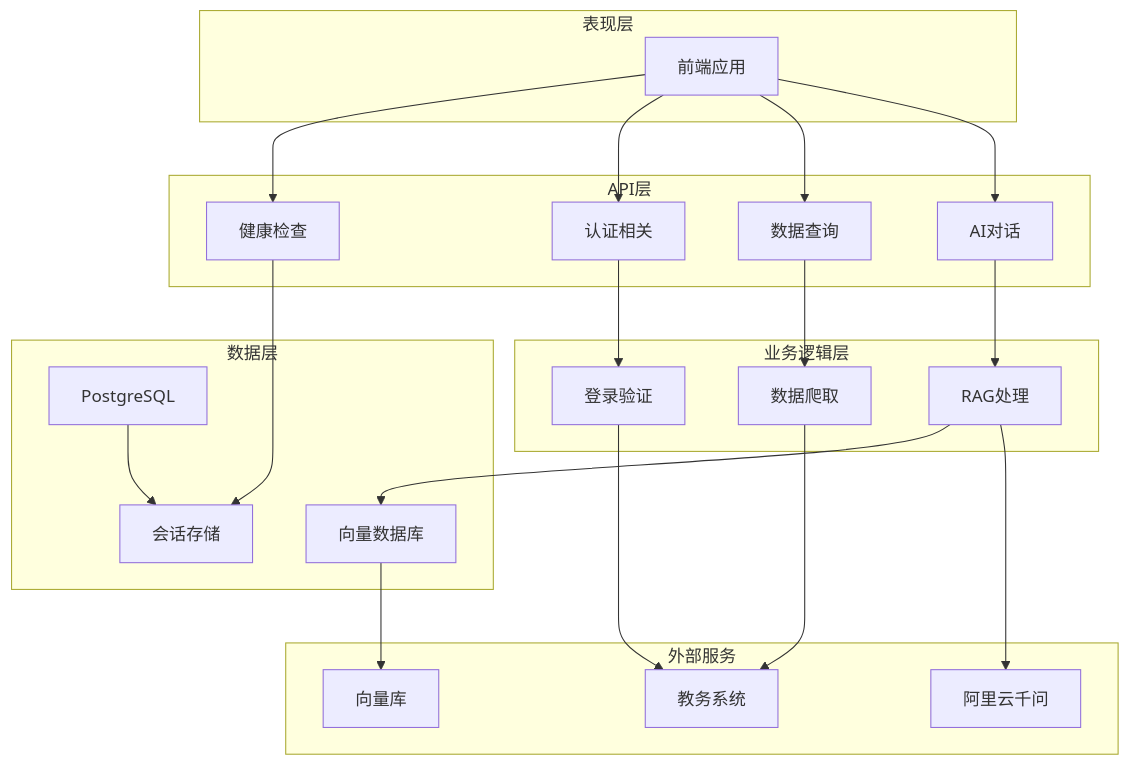
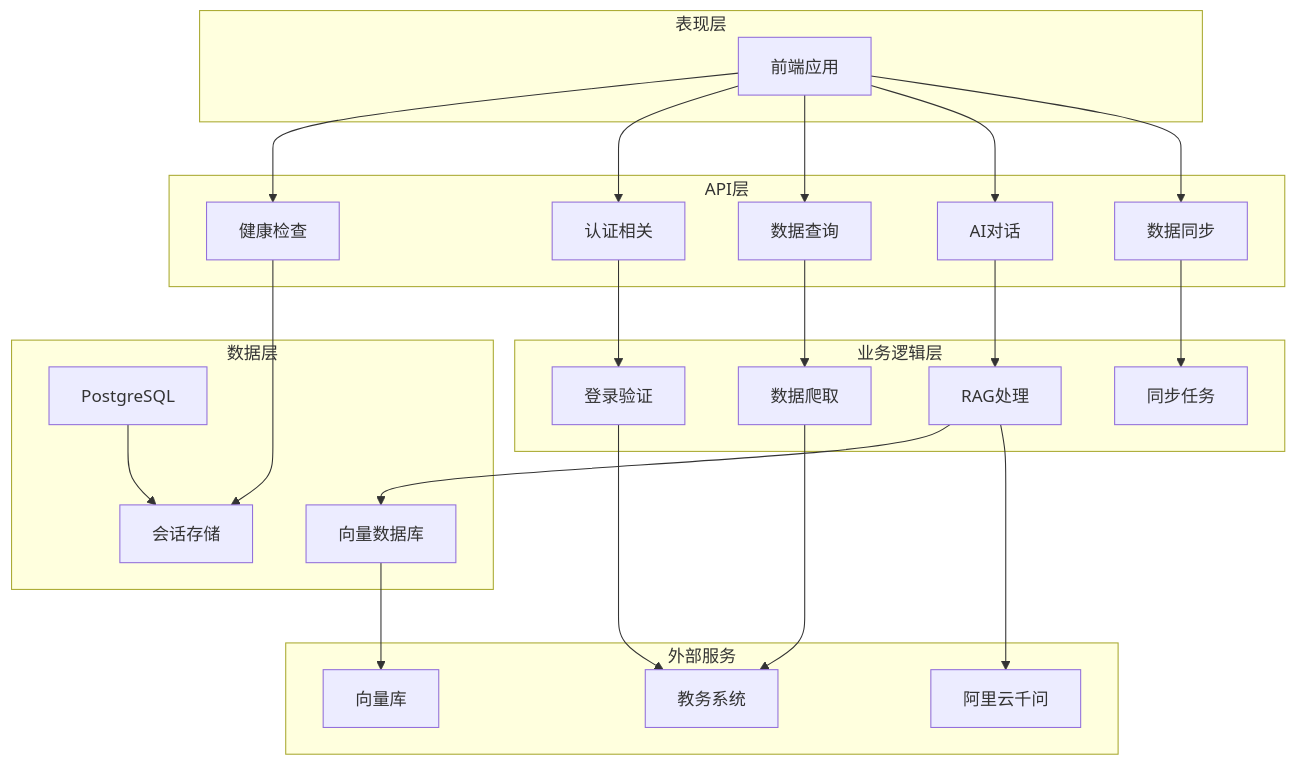
The second of 6 diagrams in .qoder/repowiki/zh/content/后端API文档/后端API文档.md (ghbbn053-ship-itsoulddog/soulddog), drawn with Mermaid before and after one commit. The commit also changed other lines of this file and 8 other files, not shown here.

````diff
--- a/.qoder/repowiki/zh/content/后端API文档/后端API文档.md
+++ b/.qoder/repowiki/zh/content/后端API文档/后端API文档.md
@@ -100,41 +105,45 @@
 ```mermaid
 graph TB
 subgraph "表现层"
 Frontend[前端应用]
 end
 subgraph "API层"
 Health[健康检查]
 Auth[认证相关]
 Data[数据查询]
 Chat[AI对话]
+Sync[数据同步]
 end
 subgraph "业务逻辑层"
 Login[登录验证]
 Crawler[数据爬取]
 RAG[RAG处理]
+SyncTask[同步任务]
 end
 subgraph "数据层"
 Session[会话存储]
 VectorDB[向量数据库]
 PostgreSQL[PostgreSQL]
 end
 subgraph "外部服务"
 EduSys[教务系统]
 Milvus[向量库]
 DashScope[阿里云千问]
 end
 Frontend --> Health
 Frontend --> Auth
 Frontend --> Data
 Frontend --> Chat
+Frontend --> Sync
 Health --> Session
 Auth --> Login
 Data --> Crawler
 Chat --> RAG
+Sync --> SyncTask
 Login --> EduSys
 Crawler --> EduSys
 RAG --> VectorDB
 RAG --> DashScope
 VectorDB --> Milvus
 PostgreSQL --> Session
 ```
````
